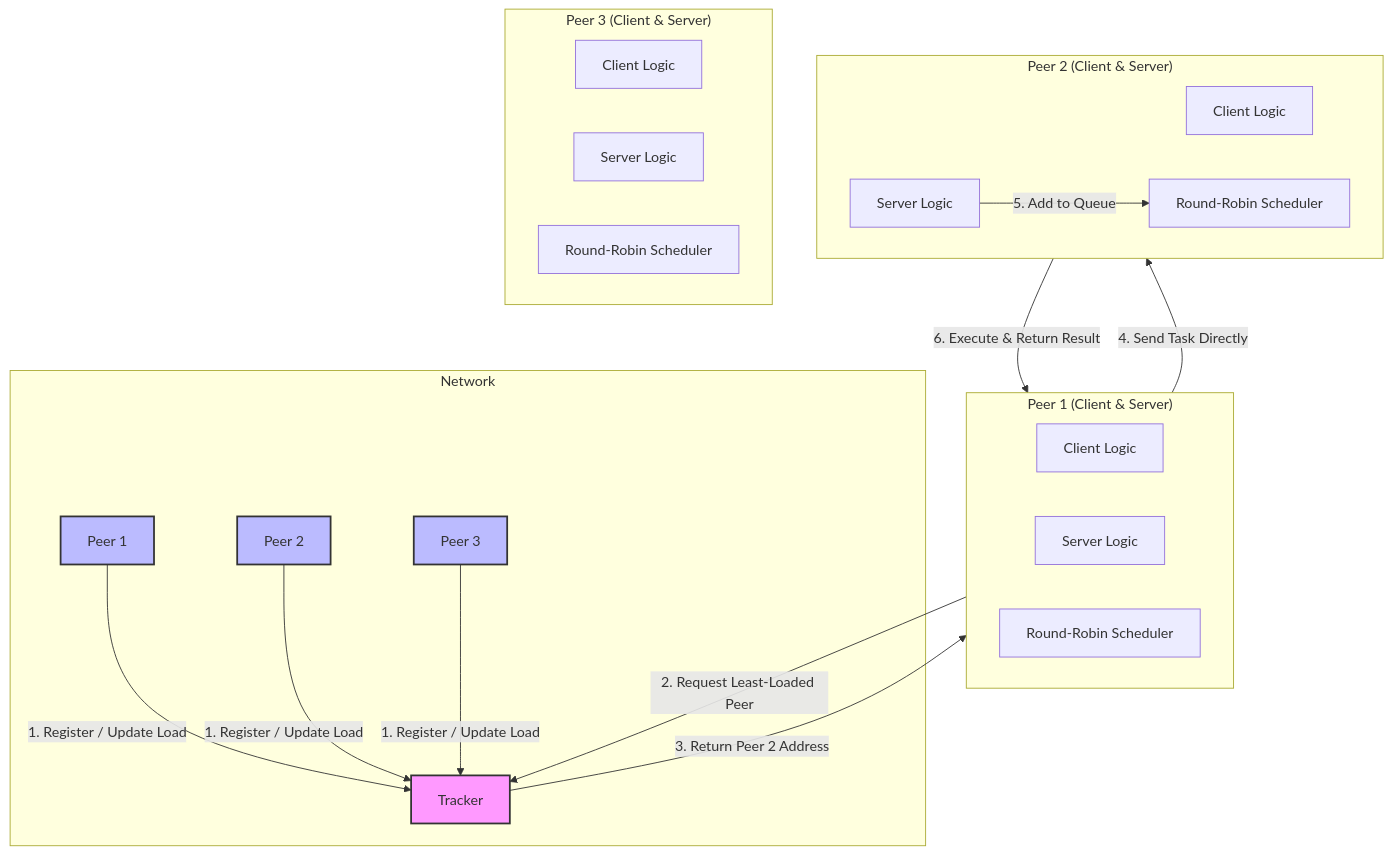
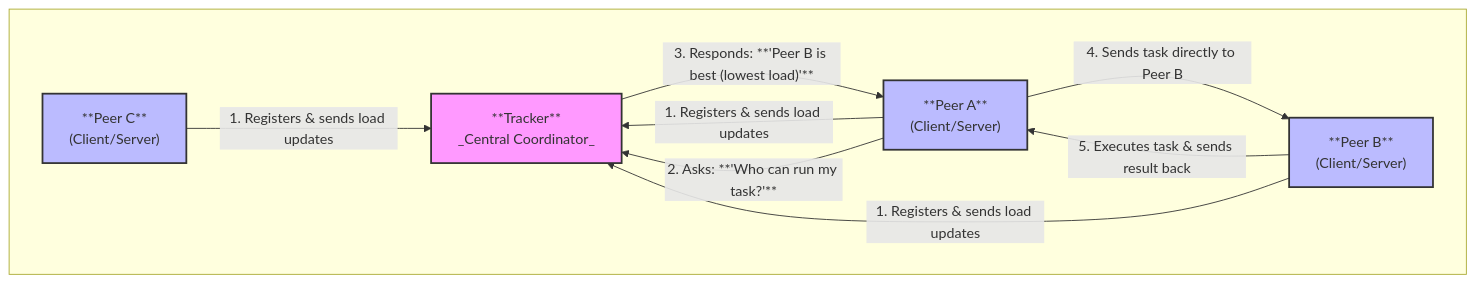
The first of 2 diagrams in README.md (AbdullahhussainYasim/p2p-os-term-project), drawn with Mermaid before and after one commit. The commit also changed other lines of this file, not shown here.

````diff
--- a/README.md
+++ b/README.md
@@ -32,45 +31,23 @@
 ```mermaid
 graph TD
-    subgraph Network
-        T[Tracker]
-        P1[Peer 1]
-        P2[Peer 2]
-        P3[Peer 3]
-    end
-
-    subgraph "Peer 1 (Client & Server)"
-        direction LR
-        P1_Client[Client Logic]
-        P1_Server[Server Logic]
-        P1_RR[Round-Robin Scheduler]
-    end
-
-    subgraph "Peer 2 (Client & Server)"
-        direction LR
-        P2_Client[Client Logic]
-        P2_Server[Server Logic]
-        P2_RR[Round-Robin Scheduler]
-    end
-
-    subgraph "Peer 3 (Client & Server)"
-        direction LR
-        P3_Client[Client Logic]
-        P3_Server[Server Logic]
-        P3_RR[Round-Robin Scheduler]
+    subgraph " "
+        T["**Tracker**<br/>_Central Coordinator_"]
+        P1["**Peer A**<br/>(Client/Server)"]
+        P2["**Peer B**<br/>(Client/Server)"]
+        P3["**Peer C**<br/>(Client/Server)"]
     end
 
     style T fill:#f9f,stroke:#333,stroke-width:2px
     style P1 fill:#bbf,stroke:#333,stroke-width:2px
     style P2 fill:#bbf,stroke:#333,stroke-width:2px
     style P3 fill:#bbf,stroke:#333,stroke-width:2px
 
-    P1 -- "1. Register / Update Load" --> T
-    P2 -- "1. Register / Update Load" --> T
-    P3 -- "1. Register / Update Load" --> T
+    P1 -- "1. Registers & sends load updates" --> T
+    P2 -- "1. Registers & sends load updates" --> T
+    P3 -- "1. Registers & sends load updates" --> T
 
-    P1_Client -- "2. Request Least-Loaded Peer" --> T
-    T -- "3. Return Peer 2 Address" --> P1_Client
-    P1_Client -- "4. Send Task Directly" --> P2_Server
-    P2_Server -- "5. Add to Queue" --> P2_RR
-    P2_RR -- "6. Execute & Return Result" --> P1_Client
+    P1 -- "2. Asks: **'Who can run my task?'**" --> T
+    T -- "3. Responds: **'Peer B is best (lowest load)'**" --> P1
+    P1 -- "4. Sends task directly to Peer B" --> P2
+    P2 -- "5. Executes task & sends result back" --> P1
 ```
````
